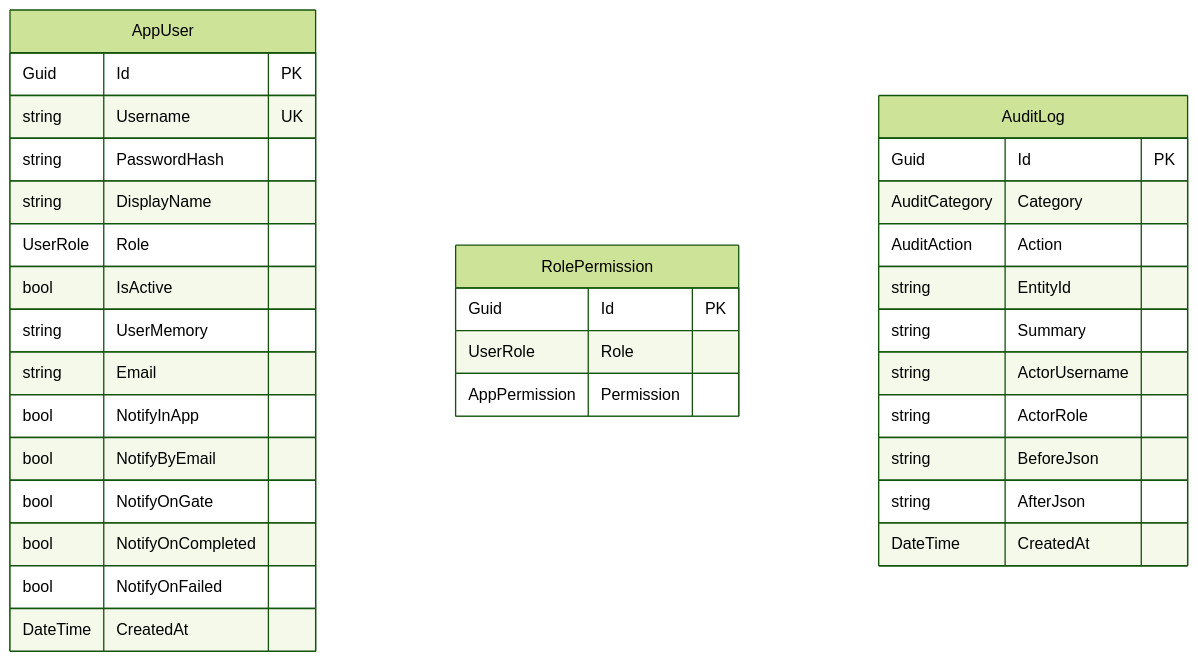
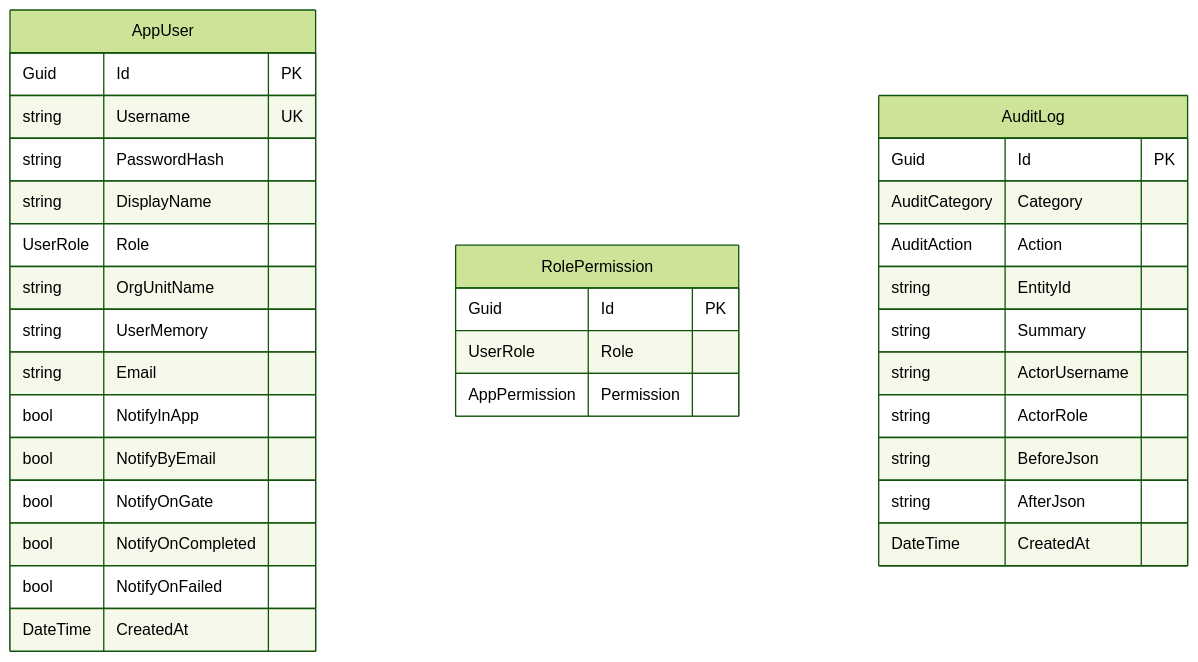
The seventh of 10 diagrams in docs/DatabaseDesign.md (Songlong0506/ICOGenerator-v4), drawn with Mermaid (forest theme) before and after one commit. The commit also changed other lines of this file and 26 other files, not shown here.

First line of the commit message:
Add AppUsers.OrgUnitName, drop AppUsers.IsActive & AgentModelCallLog.ModelName

````diff
--- a/docs/DatabaseDesign.md
+++ b/docs/DatabaseDesign.md
@@ -286,38 +285,38 @@
 ```mermaid
 erDiagram
     AppUser {
         Guid Id PK
         string Username UK
         string PasswordHash
         string DisplayName
         UserRole Role
-        bool IsActive
+        string OrgUnitName
         string UserMemory
         string Email
         bool NotifyInApp
         bool NotifyByEmail
         bool NotifyOnGate
         bool NotifyOnCompleted
         bool NotifyOnFailed
         DateTime CreatedAt
     }
 
     RolePermission {
         Guid Id PK
         UserRole Role
         AppPermission Permission
     }
 
     AuditLog {
         Guid Id PK
         AuditCategory Category
         AuditAction Action
         string EntityId
         string Summary
         string ActorUsername
         string ActorRole
         string BeforeJson
         string AfterJson
         DateTime CreatedAt
     }
 ```
````
